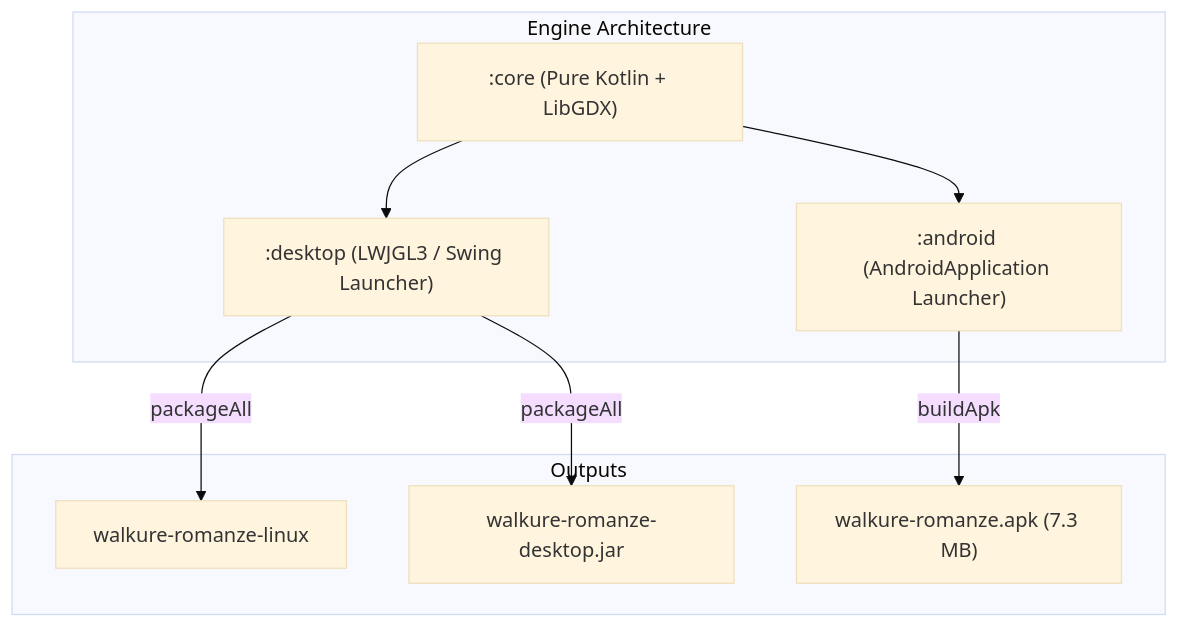
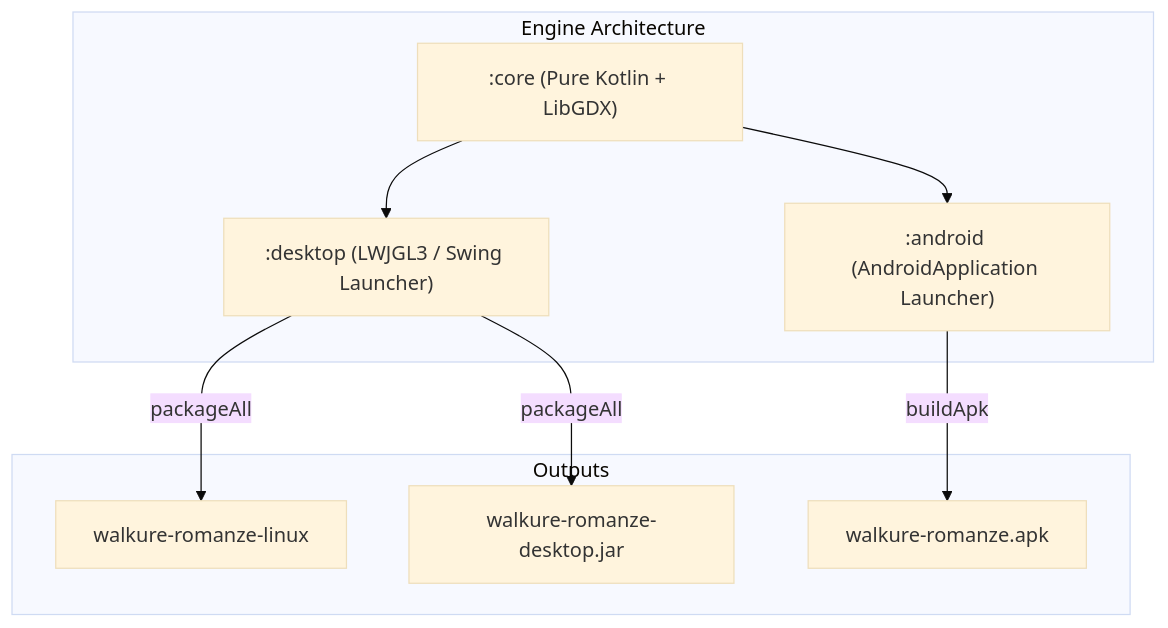
The diagram in ANDROID.md (Forgeron-dest/WalkureRomanze-Engine), drawn with Mermaid (base theme) before and after one commit. The commit also changed other lines of this file and 2 other files, not shown here.

Commit message:
Release automation and readme refactor (#7)
* Refactored readme, added GHAction for continous realese cycle

````diff
--- a/ANDROID.md
+++ b/ANDROID.md
@@ -145,16 +145,16 @@
 ```mermaid
 flowchart TD
     subgraph Engine Architecture
         Core[":core (Pure Kotlin + LibGDX)"]
         Desktop[":desktop (LWJGL3 / Swing Launcher)"]
         Android[":android (AndroidApplication Launcher)"]
         Core --> Desktop
         Core --> Android
     end
 
     subgraph Outputs
         Desktop -->|packageAll| LinuxBin["walkure-romanze-linux"]
         Desktop -->|packageAll| DesktopJar["walkure-romanze-desktop.jar"]
-        Android -->|buildApk| MobileApk["walkure-romanze.apk (7.3 MB)"]
+        Android -->|buildApk| MobileApk["walkure-romanze.apk"]
     end
 ```
````
